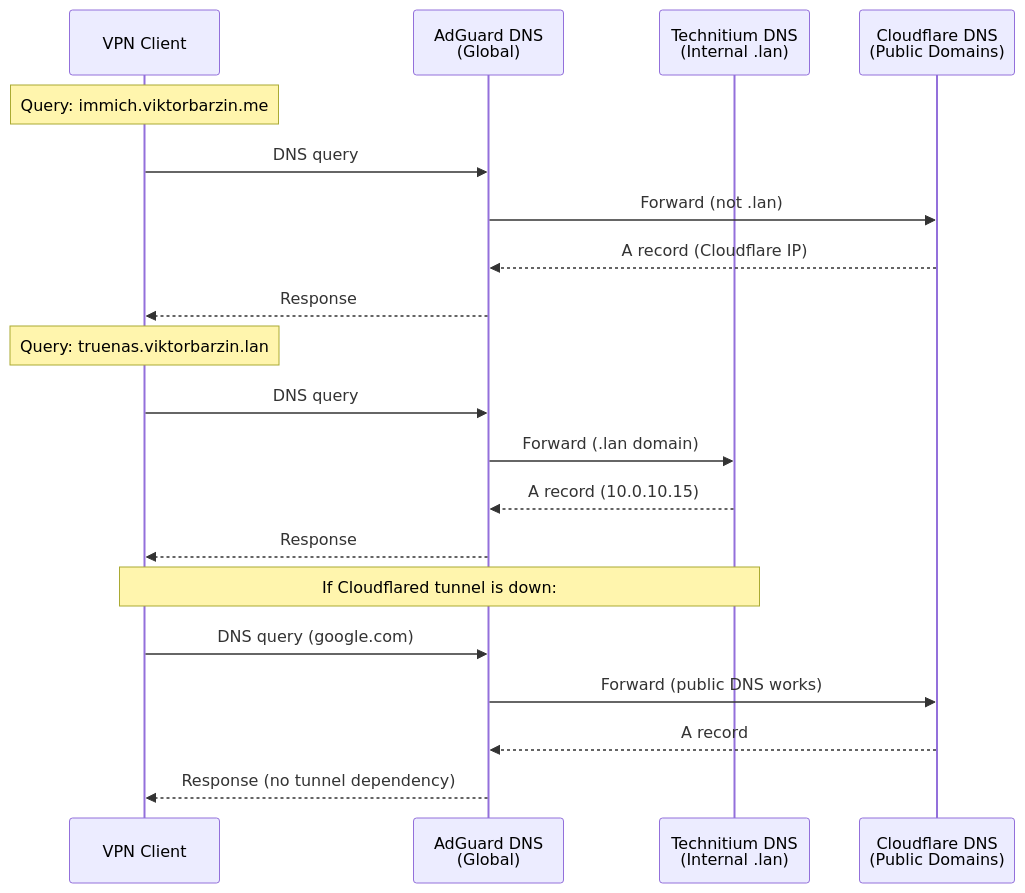
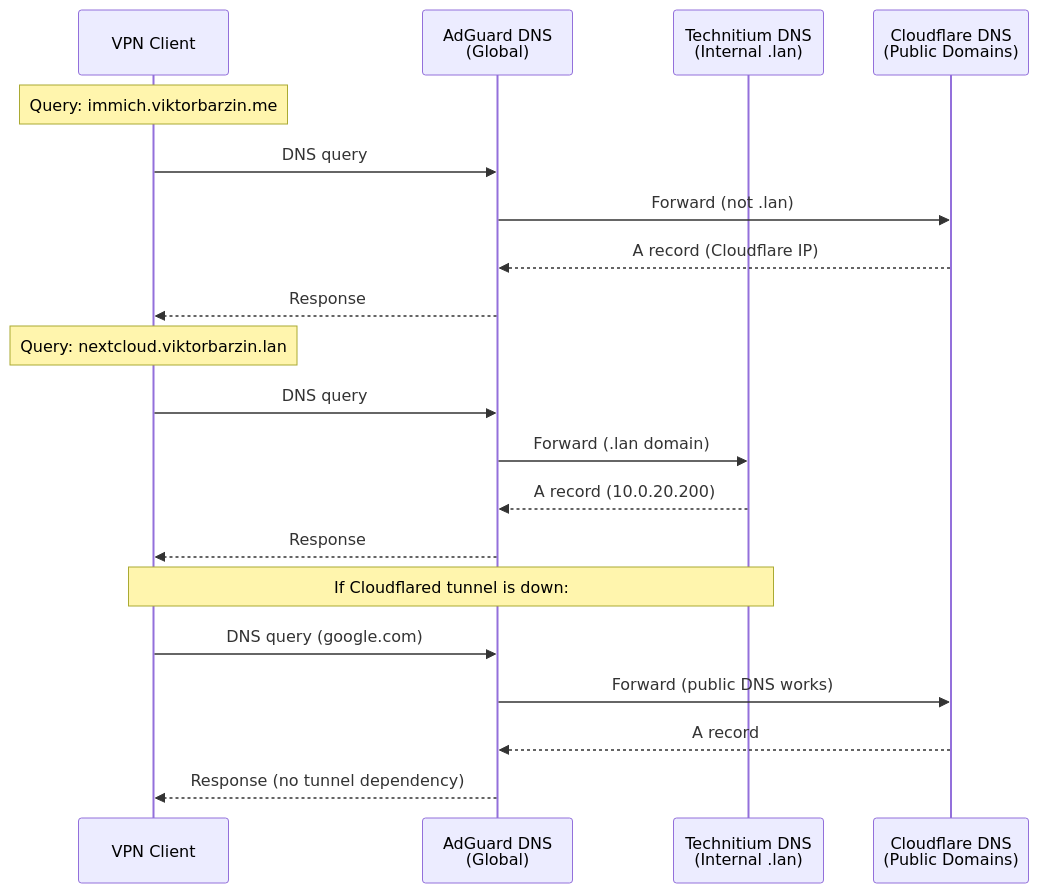
The second of 2 diagrams in docs/architecture/vpn.md (ViktorBarzin/infra), drawn with Mermaid before and after one commit. The commit also changed other lines of this file and 18 other files, not shown here.

````diff
--- a/docs/architecture/vpn.md
+++ b/docs/architecture/vpn.md
@@ -53,25 +53,25 @@
 ```mermaid
 sequenceDiagram
     participant Client as VPN Client
     participant AdGuard as AdGuard DNS<br/>(Global)
     participant Technitium as Technitium DNS<br/>(Internal .lan)
     participant Cloudflare as Cloudflare DNS<br/>(Public Domains)
 
     Note over Client: Query: immich.viktorbarzin.me
     Client->>AdGuard: DNS query
     AdGuard->>Cloudflare: Forward (not .lan)
     Cloudflare-->>AdGuard: A record (Cloudflare IP)
     AdGuard-->>Client: Response
 
-    Note over Client: Query: truenas.viktorbarzin.lan
+    Note over Client: Query: nextcloud.viktorbarzin.lan
     Client->>AdGuard: DNS query
     AdGuard->>Technitium: Forward (.lan domain)
-    Technitium-->>AdGuard: A record (10.0.10.15)
+    Technitium-->>AdGuard: A record (10.0.20.200)
     AdGuard-->>Client: Response
 
     Note over Client,Technitium: If Cloudflared tunnel is down:
     Client->>AdGuard: DNS query (google.com)
     AdGuard->>Cloudflare: Forward (public DNS works)
     Cloudflare-->>AdGuard: A record
     AdGuard-->>Client: Response (no tunnel dependency)
 ```
````
